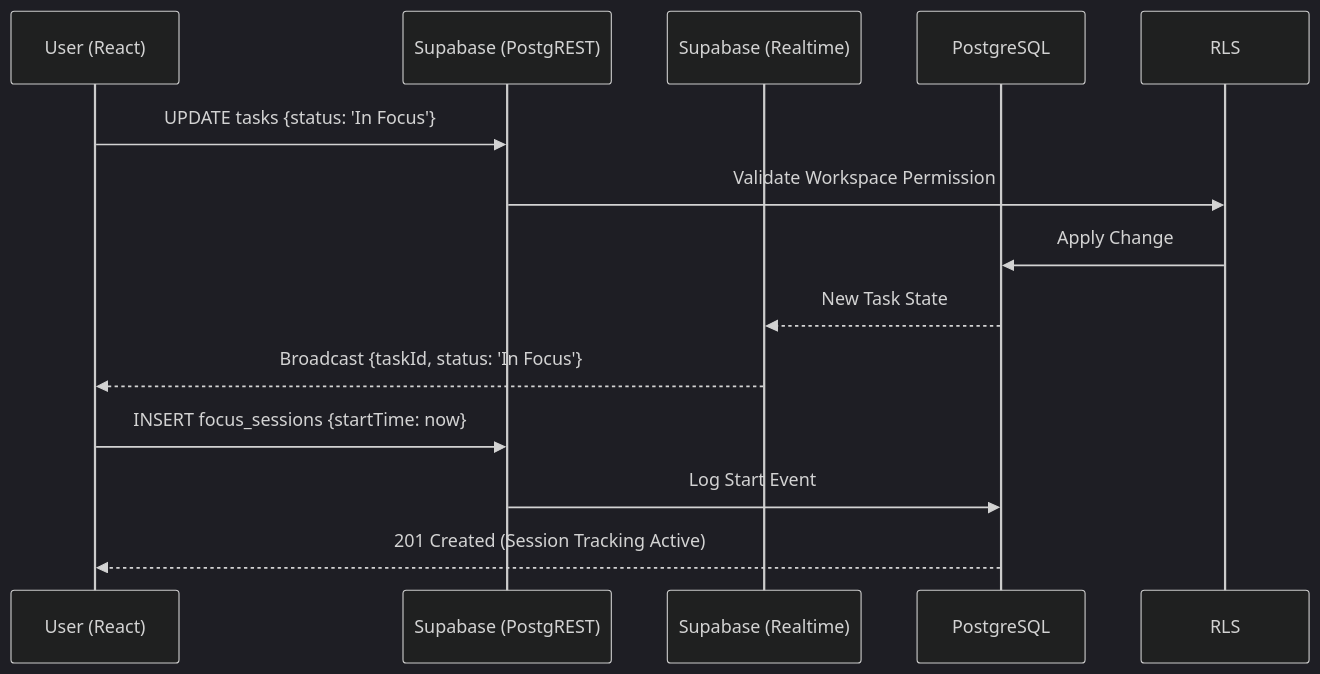
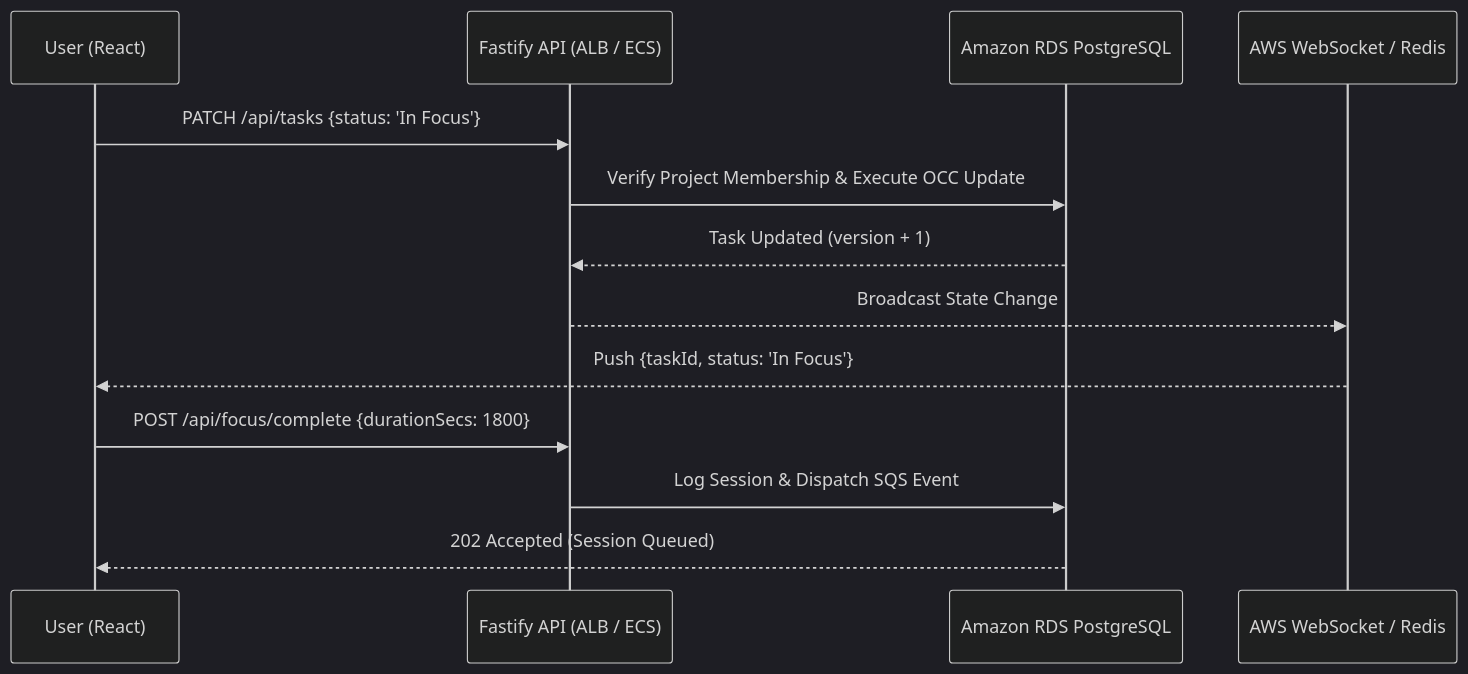
Before and after one commit to Atharva-Mendhulkar/floework: the third of 3 diagrams in docs/Project_Documentation.md, drawn with Mermaid (dark theme). The commit also changed other lines of this file and 82 other files, not shown here.

Commit message:
refactor: migrate authentication and infrastructure from Supabase to AWS Cognito and native backend services

````diff
--- a/docs/Project_Documentation.md
+++ b/docs/Project_Documentation.md
@@ -197,17 +206,17 @@
 ```mermaid
 sequenceDiagram
     participant U as User (React)
-    participant SB as Supabase (PostgREST)
-    participant RT as Supabase (Realtime)
-    participant DB as PostgreSQL
+    participant API as Fastify API (ALB / ECS)
+    participant RDS as Amazon RDS PostgreSQL
+    participant WS as AWS WebSocket / Redis
 
-    U->>SB: UPDATE tasks {status: 'In Focus'}
-    SB->>RLS: Validate Workspace Permission
-    RLS->>DB: Apply Change
-    DB-->>RT: New Task State
-    RT-->>U: Broadcast {taskId, status: 'In Focus'}
+    U->>API: PATCH /api/tasks {status: 'In Focus'}
+    API->>RDS: Verify Project Membership & Execute OCC Update
+    RDS-->>API: Task Updated (version + 1)
+    API-->>WS: Broadcast State Change
+    WS-->>U: Push {taskId, status: 'In Focus'}
     
-    U->>SB: INSERT focus_sessions {startTime: now}
-    SB->>DB: Log Start Event
-    DB-->>U: 201 Created (Session Tracking Active)
+    U->>API: POST /api/focus/complete {durationSecs: 1800}
+    API->>RDS: Log Session & Dispatch SQS Event
+    RDS-->>U: 202 Accepted (Session Queued)
 ```
````
